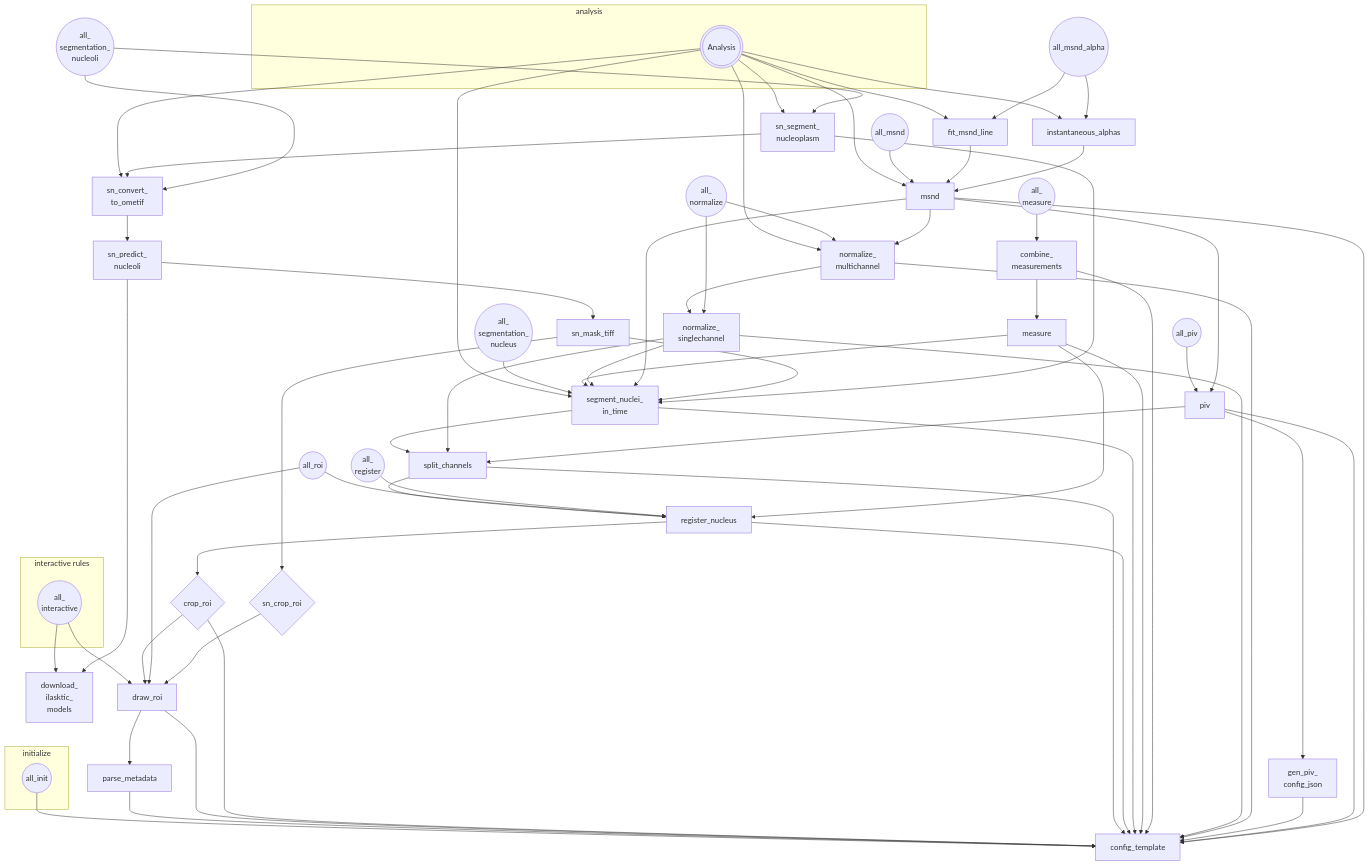
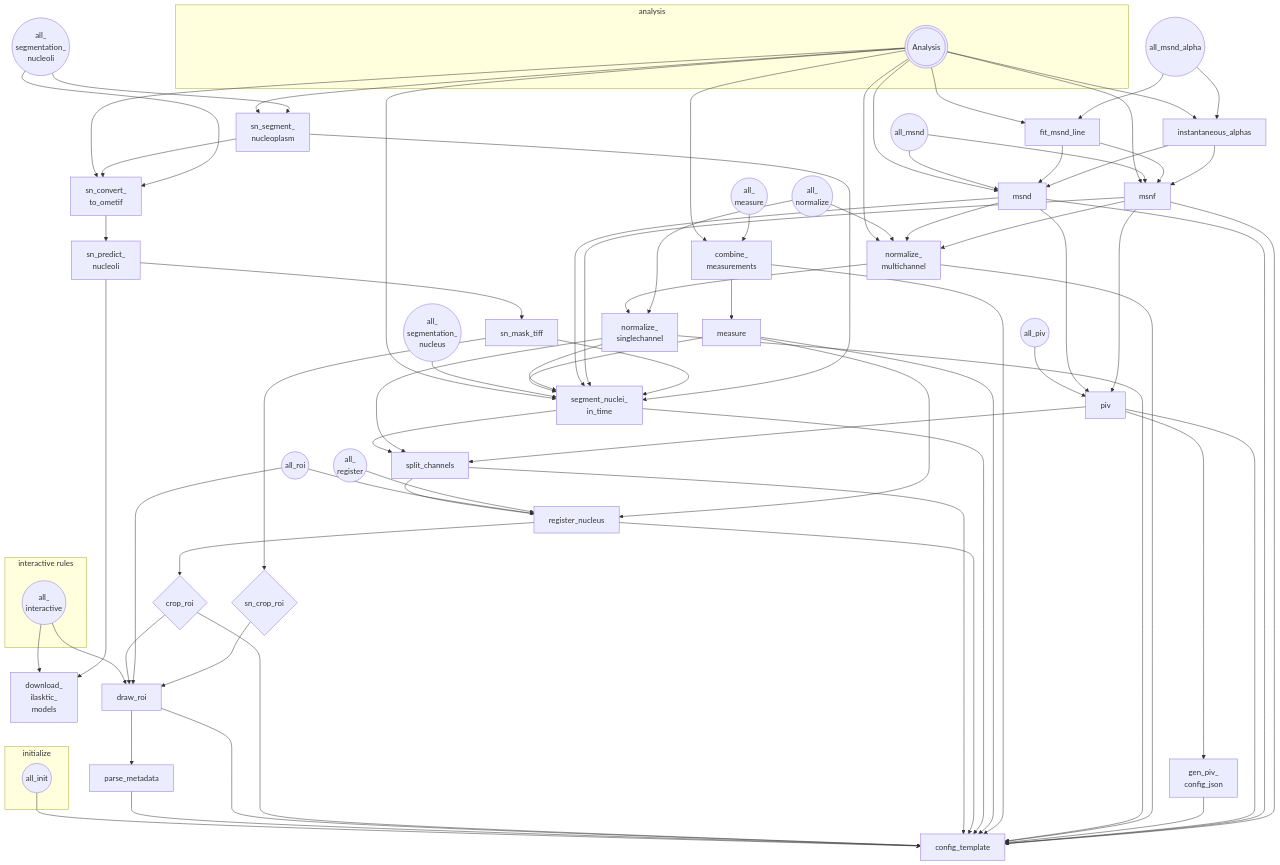
The diagram in README.md (yichechang/alu-mobility), drawn with Mermaid before and after one commit. The commit also changed 1 other file, not shown here.

Commit message:
speficy all rule target

````diff
--- a/README.md
+++ b/README.md
@@ -14,77 +14,78 @@
 ```mermaid
 graph TD
     subgraph analysis
     A(((Analysis)))
     end
-    A(((Analysis))) --> B14 & B15 & A91 & A92 & A81 & A52 & A31
+    A(((Analysis))) --> B14 & B15 & A91 & A92 & A81 & A82 & A52 & A31 & A42
 
     subgraph initialize
     A99((all_init))
     end
 
     subgraph interactive rules
     A98((all_<br>interactive))
     end
 
     A1((all_roi))
     C1((all_<br>register))
 
     A2((all_<br>segmentation_<br>nucleus))
 
 
     A4((all_<br>measure))
     A5((all_<br>normalize))
 
 
     A6((all_piv))
     A8((all_msnd))
     A9((all_msnd_alpha))
 
     B1((all_<br>segmentation_<br>nucleoli))    
 
     A01[config_template]
     A99 --> A01
 
     A02[download_<br>ilasktic_<br>models]
     A98 --> A02 & A12
 
     A11[parse_metadata] --> A01
     A12[draw_roi] --> A11 &  A01
     A13{crop_roi} --> A12 & A01
     A14[split_channels] --> C11 & A01
     A1 --> A12 & C11
 
     C11[register_nucleus] --> A13 & A01
     C1 --> C11
 
     A31[segment_nuclei_<br>in_time] --> A14 & A01
     A2 --> A31
 
     A41[measure] --> C11 & A31 & A01
     A42[combine_<br>measurements] --> A41 & A01
     A4 --> A42
 
     A51[normalize_<br>singlechannel] --> A14 & A31 & A01
     A52[normalize_<br>multichannel] --> A51 & A01
     A5 --> A51 & A52
 
     A61[gen_piv_<br>config_json] --> A01
     A62[piv] --> A61 & A14 & A01
     A6 --> A62
 
 
     A81[msnd] --> A62 & A52 & A31 & A01
-    A8 --> A81
+    A82[msnf] --> A62 & A52 & A31 & A01
+    A8 --> A81 & A82
 
 
-    A91[fit_msnd_line] --> A81
-    A92[instantaneous_alphas] --> A81
+    A91[fit_msnd_line] --> A81 & A82
+    A92[instantaneous_alphas] --> A81 & A82
     A9 --> A91 & A92
 
     B11{sn_crop_roi} --> A12
     B12[sn_mask_tiff] --> B11 & A31
     B13[sn_predict_<br>nucleoli] --> B12 & A02
     B14[sn_convert_<br>to_ometif] --> B13
     B15[sn_segment_<br>nucleoplasm] --> B14 & A31
     B1 --> B14 & B15
 ```
````
